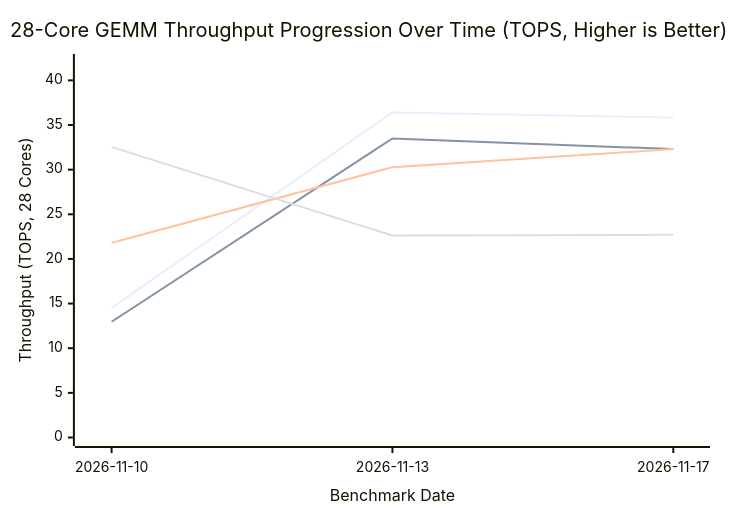
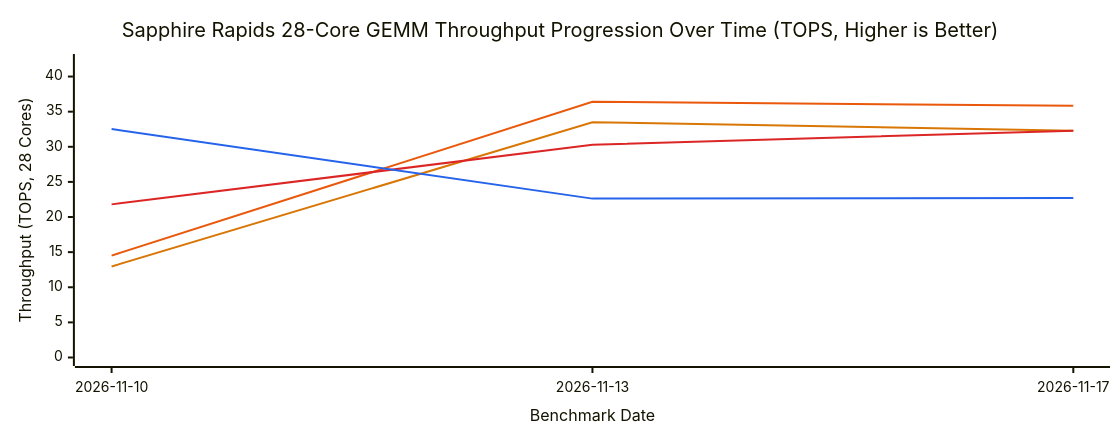
One commit to mariecwhite/ai-edge-bench changed the second of 3 diagrams in kernel/dashboards/README.md. Above: the diagram before and after it, drawn with Mermaid. The commit also changed other lines of this file and 15 other files, not shown here.

````diff
--- a/kernel/dashboards/README.md
+++ b/kernel/dashboards/README.md
@@ -28,11 +120,11 @@
 ```mermaid
-%%{init: {"xyChart": {"width": 1100, "height": 420}, "themeVariables": {"xyChart": {"plotColorPalette": "#ea580c, #d97706, #dc2626, #2563eb"}}}%%
+%%{init: {"xyChart": {"width": 1100, "height": 420}, "themeVariables": {"xyChart": {"plotColorPalette": "#ea580c, #d97706, #dc2626, #2563eb"}}}}%%
 xychart-beta
-    title "28-Core GEMM Throughput Progression Over Time (TOPS, Higher is Better)"
+    title "Sapphire Rapids 28-Core GEMM Throughput Progression Over Time (TOPS, Higher is Better)"
     x-axis "Benchmark Date" ["2026-11-10", "2026-11-13", "2026-11-17"]
     y-axis "Throughput (TOPS, 28 Cores)" 0 --> 42
     line "YNN P2: INT4 128x21504x5376" [14.51, 36.41, 35.84]
     line "YNN P2: INT4 1024x21504x5376" [12.96, 33.5, 32.3]
     line "YNN P5: INT8 2520x1152x1152" [21.8, 30.28, 32.3]
     line "XNN P2: INT4 128x21504x5376" [32.53, 22.62, 22.7]
 ```
````
